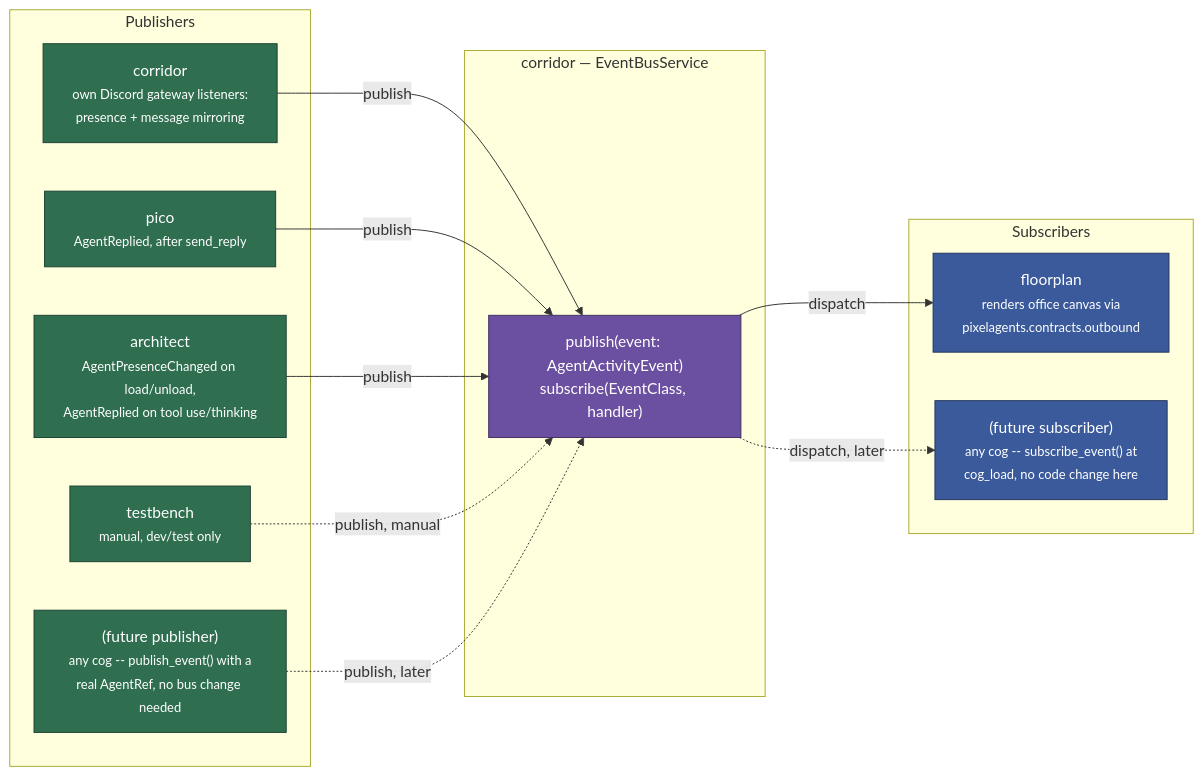
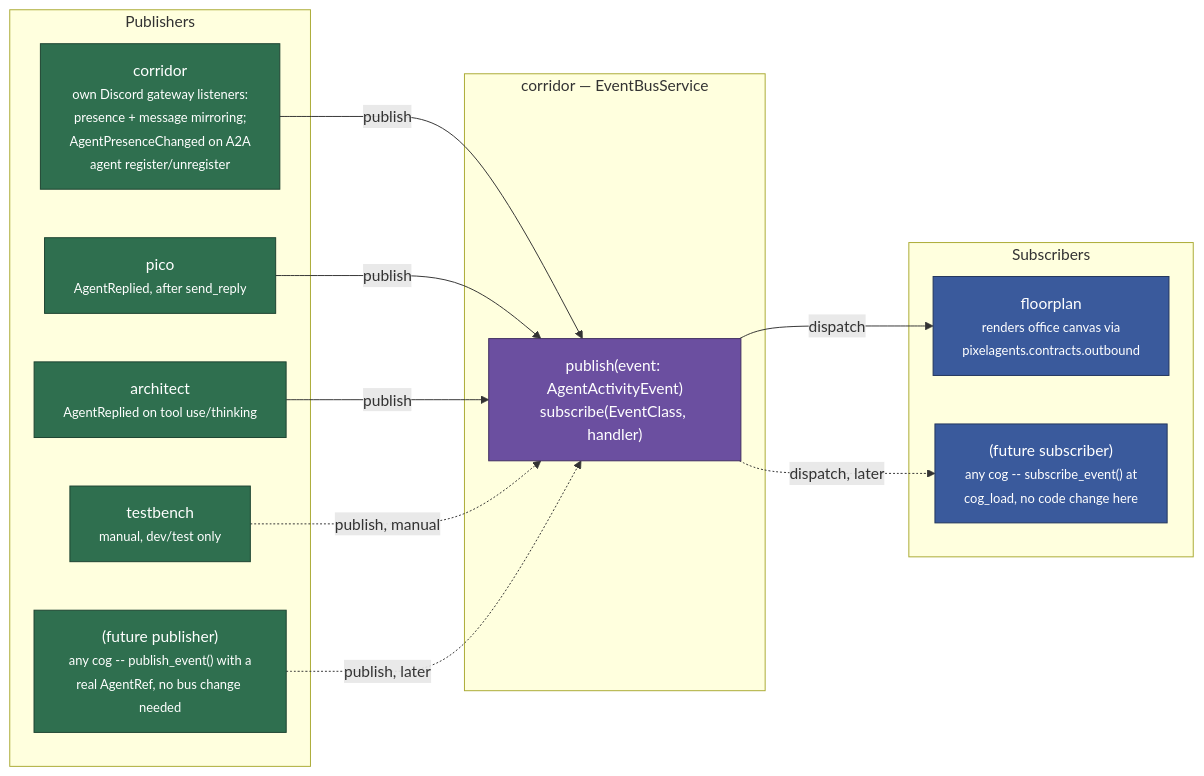
One commit to pixel-agents-hq/pixel-agents-cogs changed the first of 4 diagrams in docs/corridor-pubsub-design.md. Above: the diagram before and after it, drawn with Mermaid. The commit also changed other lines of this file and 21 other files, not shown here.

First line of the commit message:
feat(architect,corridor): derive architect's dashboard agent roster from corridor's agent directory (#68)

````diff
--- a/docs/corridor-pubsub-design.md
+++ b/docs/corridor-pubsub-design.md
@@ -57,35 +57,35 @@
 ```mermaid
 flowchart LR
     classDef publisher fill:#2f6f4f,stroke:#1c4230,color:#fff
     classDef subscriber fill:#3a5a9c,stroke:#22355c,color:#fff
     classDef hub fill:#6b4fa0,stroke:#402f60,color:#fff
 
     subgraph Publishers["Publishers"]
-        Corridor["corridor<br/><small>own Discord gateway listeners:<br/>presence + message mirroring</small>"]
+        Corridor["corridor<br/><small>own Discord gateway listeners:<br/>presence + message mirroring;<br/>AgentPresenceChanged on A2A<br/>agent register/unregister</small>"]
         Pico["pico<br/><small>AgentReplied, after send_reply</small>"]
-        Architect["architect<br/><small>AgentPresenceChanged on load/unload,<br/>AgentReplied on tool use/thinking</small>"]
+        Architect["architect<br/><small>AgentReplied on tool use/thinking</small>"]
         Testbench["testbench<br/><small>manual, dev/test only</small>"]
         PubFuture["(future publisher)<br/><small>any cog -- publish_event() with a<br/>real AgentRef, no bus change needed</small>"]
     end
 
     subgraph Bus["corridor — EventBusService"]
         EB["publish(event: AgentActivityEvent)<br/>subscribe(EventClass, handler)"]
     end
 
     subgraph Subscribers["Subscribers"]
         Floorplan["floorplan<br/><small>renders office canvas via<br/>pixelagents.contracts.outbound</small>"]
         SubFuture["(future subscriber)<br/><small>any cog -- subscribe_event() at<br/>cog_load, no code change here</small>"]
     end
 
     Corridor -->|publish| EB
     Pico -->|publish| EB
     Architect -->|publish| EB
     Testbench -.->|publish, manual| EB
     PubFuture -.->|publish, later| EB
     EB -->|dispatch| Floorplan
     EB -.->|dispatch, later| SubFuture
 
     class Corridor,Pico,Architect,Testbench,PubFuture publisher
     class Floorplan,SubFuture subscriber
     class EB hub
 ```
````
